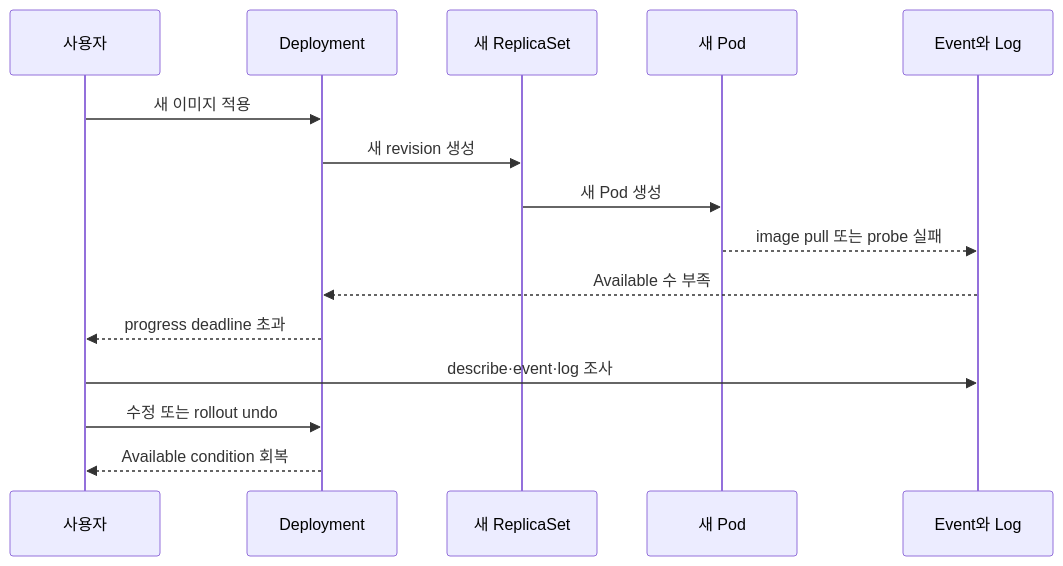
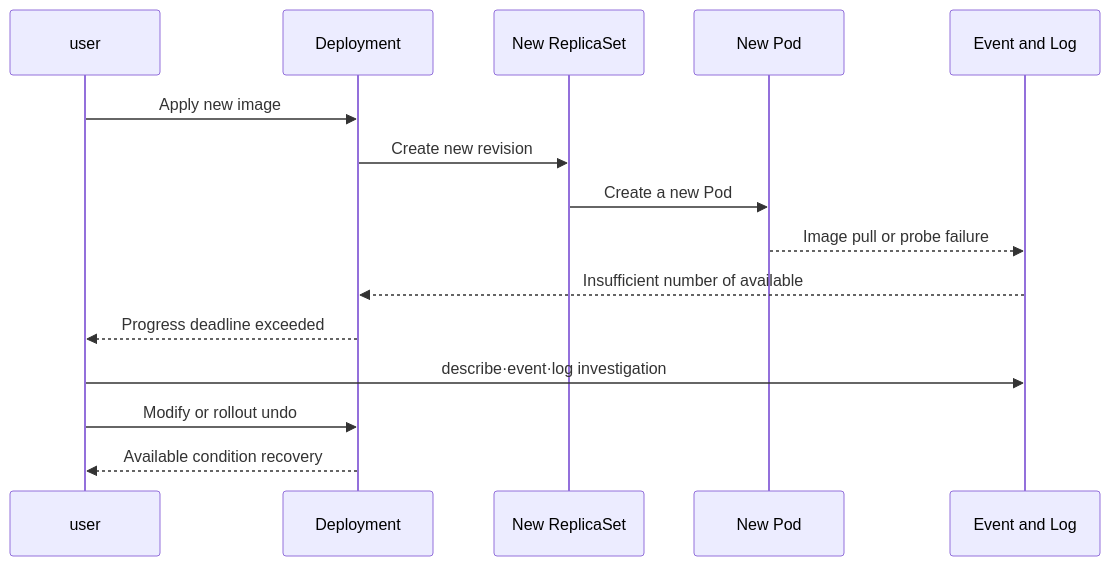
The second of 2 diagrams in docs-site/content/kubernetes/09-observability-and-troubleshooting.md (nohdol97/nohdol-study), drawn with Mermaid before and after one commit. The commit also changed other lines of this file and 116 other files, not shown here.

````diff
--- a/docs-site/content/kubernetes/09-observability-and-troubleshooting.md
+++ b/docs-site/content/kubernetes/09-observability-and-troubleshooting.md
@@ -119,17 +119,17 @@
 ```mermaid
 sequenceDiagram
-    participant U as 사용자
+    participant U as user
     participant D as Deployment
-    participant R as 새 ReplicaSet
-    participant P as 새 Pod
-    participant E as Event와 Log
-    U->>D: 새 이미지 적용
-    D->>R: 새 revision 생성
-    R->>P: 새 Pod 생성
-    P-->>E: image pull 또는 probe 실패
-    E-->>D: Available 수 부족
-    D-->>U: progress deadline 초과
-    U->>E: describe·event·log 조사
-    U->>D: 수정 또는 rollout undo
-    D-->>U: Available condition 회복
+    participant R as New ReplicaSet
+    participant P as New Pod
+    participant E as Event and Log
+    U->>D: Apply new image
+    D->>R: Create new revision
+    R->>P: Create a new Pod
+    P-->>E: Image pull or probe failure
+    E-->>D: Insufficient number of available
+    D-->>U: Progress deadline exceeded
+    U->>E: describe·event·log investigation
+    U->>D: Modify or rollout undo
+    D-->>U: Available condition recovery
 ```
````
